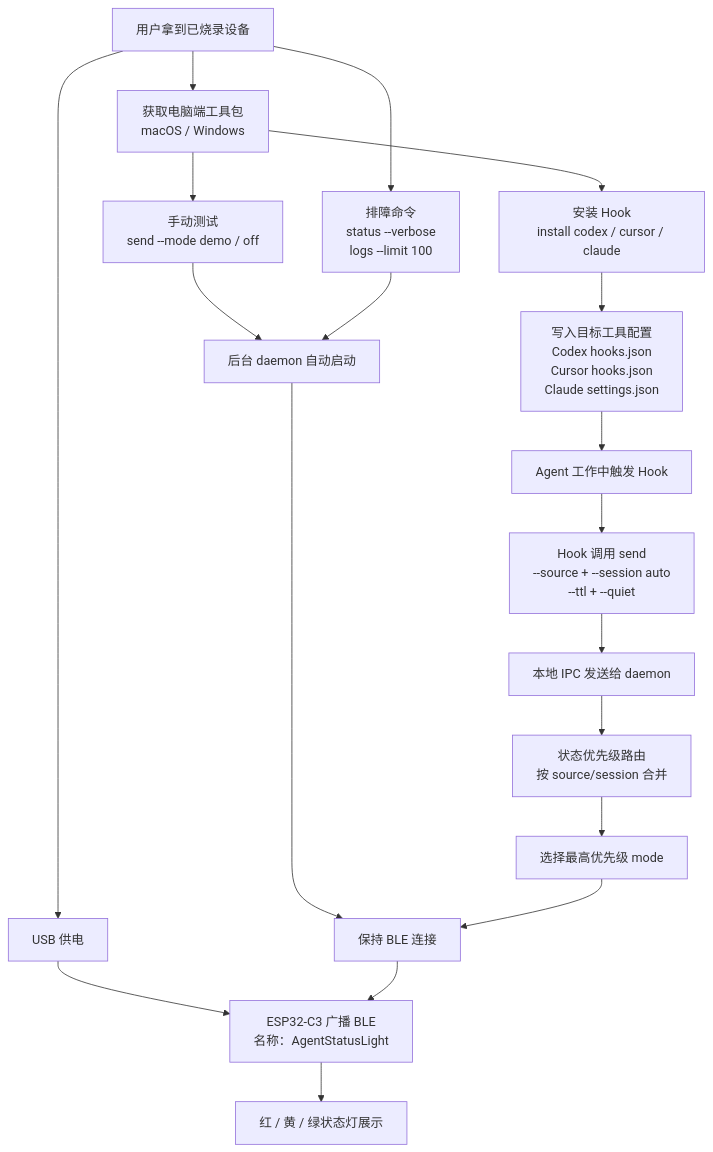
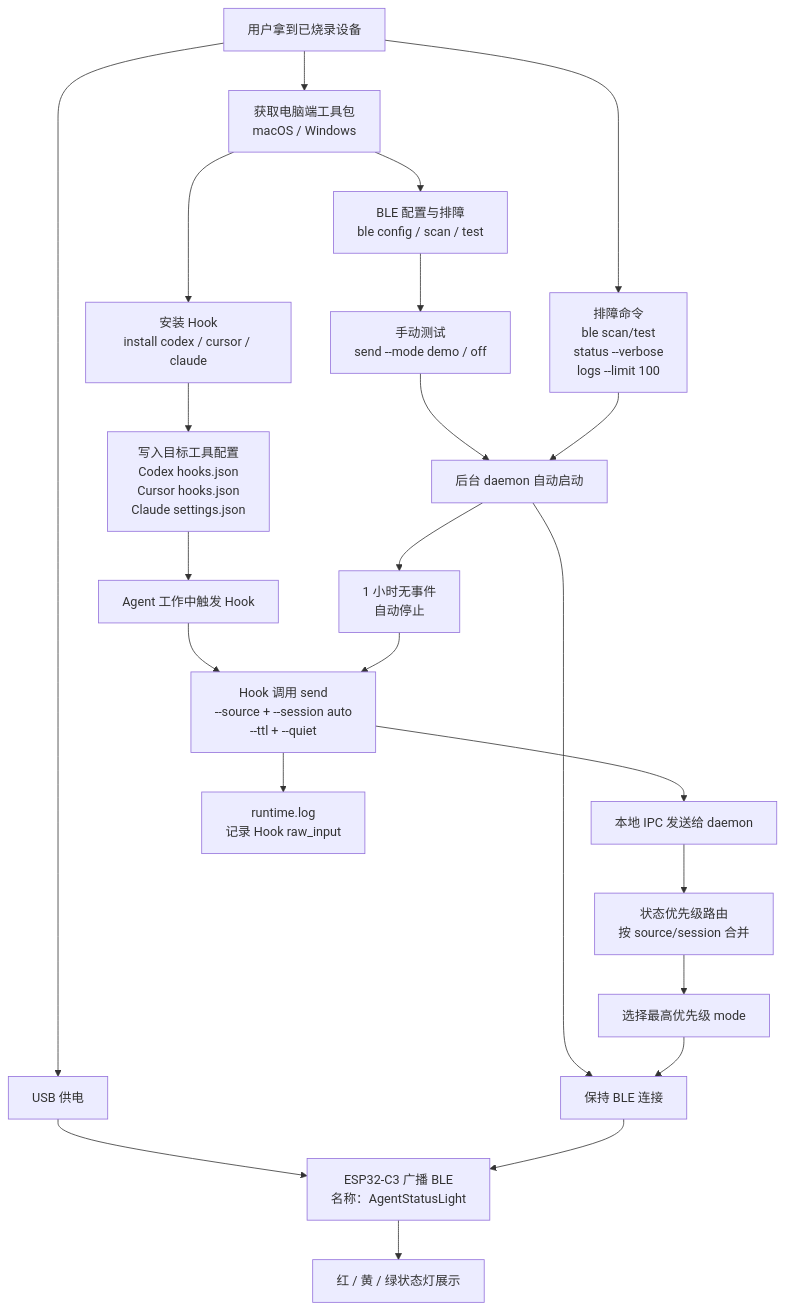
Before and after one commit to wangbosire/esp_agent_status_light: the diagram in README.md, drawn with Mermaid. The commit also changed other lines of this file and 10 other files, not shown here.

First line of the commit message:
feat: add ble diagnostic commands, idle daemon shutdown, and stdin logging

````diff
--- a/README.md
+++ b/README.md
@@ -48,24 +48,28 @@
 ```mermaid
 flowchart TD
     User["用户拿到已烧录设备"] --> Power["USB 供电"]
     Power --> Esp32["ESP32-C3 广播 BLE<br/>名称：AgentStatusLight"]
 
     User --> Package["获取电脑端工具包<br/>macOS / Windows"]
-    Package --> Test["手动测试<br/>send --mode demo / off"]
+    Package --> BleDiag["BLE 配置与排障<br/>ble config / scan / test"]
+    BleDiag --> Test["手动测试<br/>send --mode demo / off"]
     Test --> Daemon["后台 daemon 自动启动"]
     Daemon --> Ble["保持 BLE 连接"]
     Ble --> Esp32
 
     Package --> Install["安装 Hook<br/>install codex / cursor / claude"]
     Install --> AgentConfig["写入目标工具配置<br/>Codex hooks.json<br/>Cursor hooks.json<br/>Claude settings.json"]
     AgentConfig --> Agent["Agent 工作中触发 Hook"]
     Agent --> Send["Hook 调用 send<br/>--source + --session auto<br/>--ttl + --quiet"]
     Send --> Ipc["本地 IPC 发送给 daemon"]
+    Send --> RuntimeLog["runtime.log<br/>记录 Hook raw_input"]
     Ipc --> Router["状态优先级路由<br/>按 source/session 合并"]
     Router --> Mode["选择最高优先级 mode"]
     Mode --> Ble
+    Daemon --> IdleStop["1 小时无事件<br/>自动停止"]
+    IdleStop --> Send
     Esp32 --> Light["红 / 黄 / 绿状态灯展示"]
 
-    User --> Status["排障命令<br/>status --verbose<br/>logs --limit 100"]
+    User --> Status["排障命令<br/>ble scan/test<br/>status --verbose<br/>logs --limit 100"]
     Status --> Daemon
 ```
````
